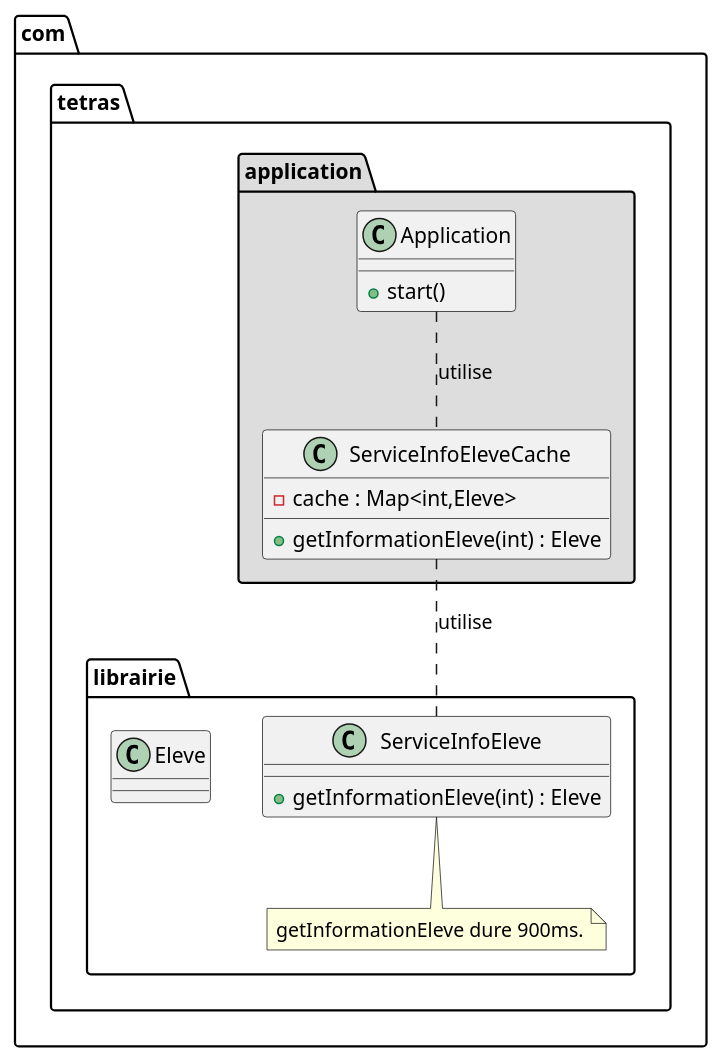
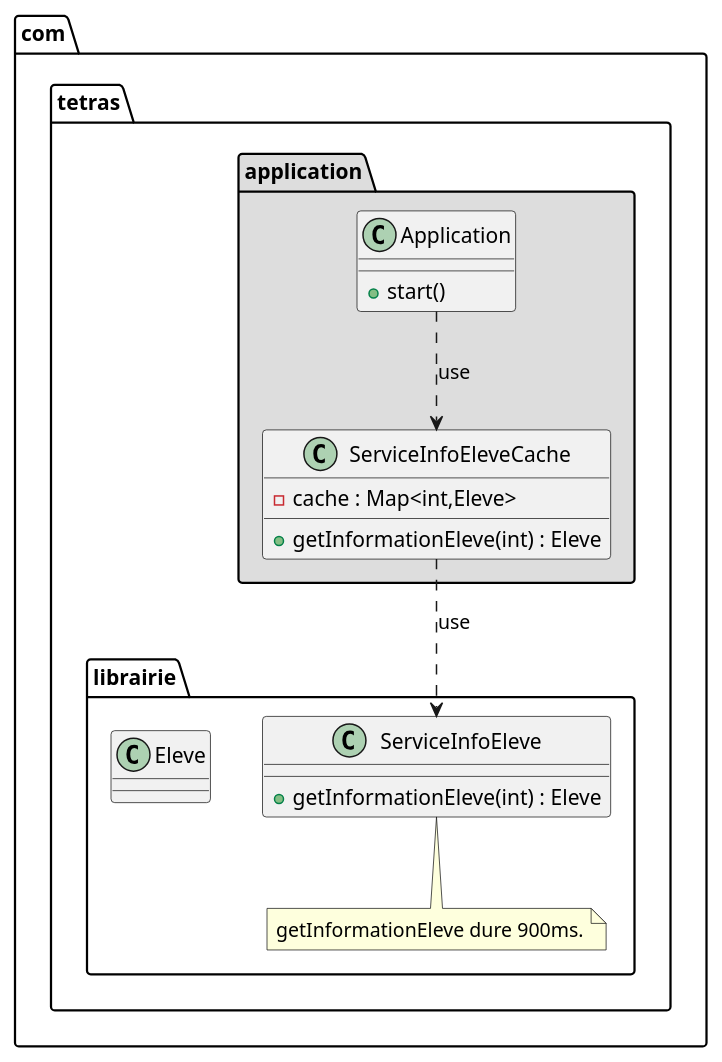
Before and after one commit to jandry/design-pattern: the diagram in src/uml/lazyinitializationClass.puml, drawn with PlantUML.

Commit message:
adjust diag

```diff
--- a/src/uml/lazyinitializationClass.puml
+++ b/src/uml/lazyinitializationClass.puml
@@ -1,25 +1,25 @@
 @startuml LazyInitialization
 
 package com.tetras.librairie {
   class ServiceInfoEleve { 
       + getInformationEleve(int) : Eleve
   }
   note bottom of ServiceInfoEleve : getInformationEleve dure 900ms.
   class Eleve
 }
 
 package com.tetras.application #DDDDDD {
   class Application { 
       + start()
   }
   class ServiceInfoEleveCache { 
     - cache : Map<int,Eleve>  
     + getInformationEleve(int) : Eleve
   }
 }
 
-Application .. ServiceInfoEleveCache : utilise
-ServiceInfoEleveCache .. ServiceInfoEleve : utilise
+Application ..> ServiceInfoEleveCache : use
+ServiceInfoEleveCache ..> ServiceInfoEleve : use
 
 
 @enduml
```
